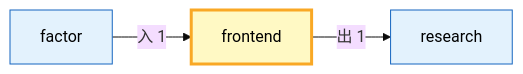
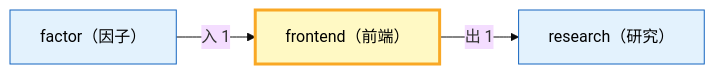
One commit to xuanFelixVan/ZephyrAlpha changed the second of 2 diagrams in docs/02_enterprise_architecture/06_decision_architecture/08_decision_l2a_frontend.md. Above: the diagram before and after it, drawn with Mermaid (base theme). The commit also changed other lines of this file and 22 other files, not shown here.

First line of the commit message:
docs(decision_arch): 双语标题+跨域图+索引表头跳转链接

````diff
--- a/docs/02_enterprise_architecture/06_decision_architecture/08_decision_l2a_frontend.md
+++ b/docs/02_enterprise_architecture/06_decision_architecture/08_decision_l2a_frontend.md
@@ -100,11 +100,11 @@
 ```mermaid
 flowchart LR
-    SELF["frontend"]:::selfDomain
-    EXT_research["research"]:::extDomain
+    SELF["frontend（前端）"]:::selfDomain
+    EXT_research["research（研究）"]:::extDomain
     SELF -->|出 1| EXT_research
-    EXT_factor["factor"]:::extDomain
+    EXT_factor["factor（因子）"]:::extDomain
     EXT_factor -->|入 1| SELF
 
     classDef selfDomain fill:#fff9c4,stroke:#f9a825,stroke-width:3px,color:#000
     classDef extDomain fill:#e3f2fd,stroke:#1565c0,stroke-width:1px,color:#000
 ```
````
